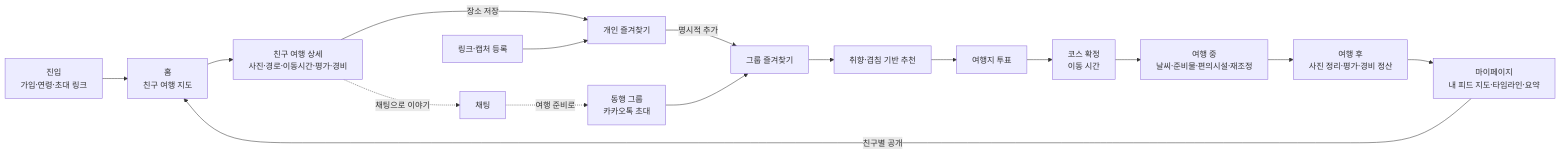
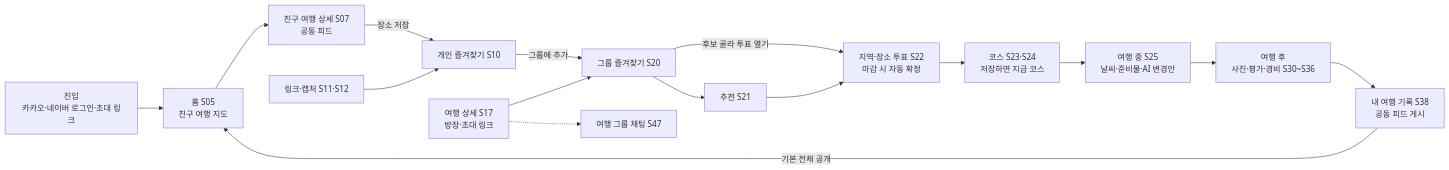
Before and after one commit to a204-eodilog/eodilog: the first of 24 diagrams in docs/flow/user-flow.md, drawn with Mermaid. The commit also changed other lines of this file, not shown here.

````diff
--- a/docs/flow/user-flow.md
+++ b/docs/flow/user-flow.md
@@ -28,18 +32,18 @@
 ```mermaid
 flowchart LR
-    A["진입<br/>가입·연령·초대 링크"] --> H["홈<br/>친구 여행 지도"]
-    H --> D["친구 여행 상세<br/>사진·경로·이동시간·평가·경비"]
-    D -- "장소 저장" --> PF["개인 즐겨찾기"]
-    LC["링크·캡처 등록"] --> PF
-    PF -- "명시적 추가" --> GF["그룹 즐겨찾기"]
-    G["동행 그룹<br/>카카오톡 초대"] --> GF
-    GF --> R["취향·겹침 기반 추천"]
-    R --> V["여행지 투표"]
-    V --> C["코스 확정<br/>이동 시간"]
-    C --> T["여행 중<br/>날씨·준비물·편의시설·재조정"]
-    T --> P["여행 후<br/>사진 정리·평가·경비 정산"]
-    P --> M["마이페이지<br/>내 피드 지도·타임라인·요약"]
-    M -- "친구별 공개" --> H
-    D -. "채팅으로 이야기" .-> CH["채팅"]
-    CH -. "여행 준비로" .-> G
+    A["진입<br/>카카오·네이버 로그인·초대 링크"] --> H["홈 S05<br/>친구 여행 지도"]
+    H --> D["친구 여행 상세 S07<br/>공동 피드"]
+    D -- "장소 저장" --> PF["개인 즐겨찾기 S10"]
+    LC["링크·캡처 S11·S12"] --> PF
+    PF -- "그룹에 추가" --> GF["그룹 즐겨찾기 S20"]
+    G["여행 상세 S17<br/>방장·초대 링크"] --> GF
+    GF --> R["추천 S21"]
+    GF -- "후보 골라 투표 열기" --> V["지역·장소 투표 S22<br/>마감 시 자동 확정"]
+    R --> V
+    V --> C["코스 S23·S24<br/>저장하면 지금 코스"]
+    C --> T["여행 중 S25<br/>날씨·준비물·AI 변경안"]
+    T --> P["여행 후<br/>사진·평가·경비 S30~S36"]
+    P --> M["내 여행 기록 S38<br/>공동 피드 게시"]
+    M -- "기본 전체 공개" --> H
+    G -.-> CH["여행 그룹 채팅 S47"]
 ```
````
